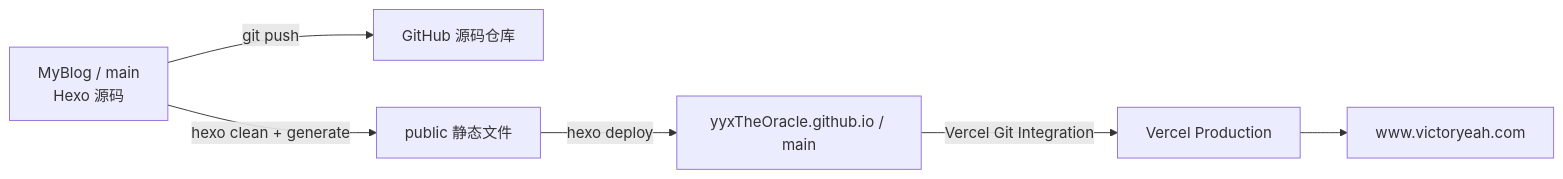
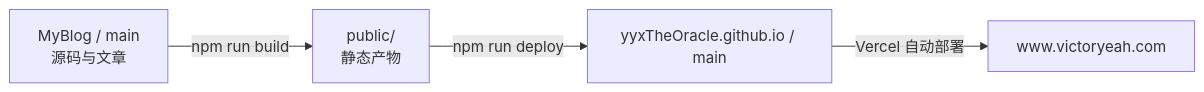
Before and after one commit to yyxTheOracle/MyBlog: the diagram in README.md, drawn with Mermaid. The commit also changed other lines of this file and 4 other files, not shown here.

````diff
--- a/README.md
+++ b/README.md
@@ -172,8 +37,6 @@
 ```mermaid
 flowchart LR
-    A["MyBlog / main<br/>Hexo 源码"] -->|"git push"| B["GitHub 源码仓库"]
-    A -->|"hexo clean + generate"| C["public 静态文件"]
-    C -->|"hexo deploy"| D["yyxTheOracle.github.io / main"]
-    D -->|"Vercel Git Integration"| E["Vercel Production"]
-    E --> F["www.victoryeah.com"]
+    A["MyBlog / main<br/>源码与文章"] -->|"npm run build"| B["public/<br/>静态产物"]
+    B -->|"npm run deploy"| C["yyxTheOracle.github.io / main"]
+    C -->|"Vercel 自动部署"| D["www.victoryeah.com"]
 ```
````
